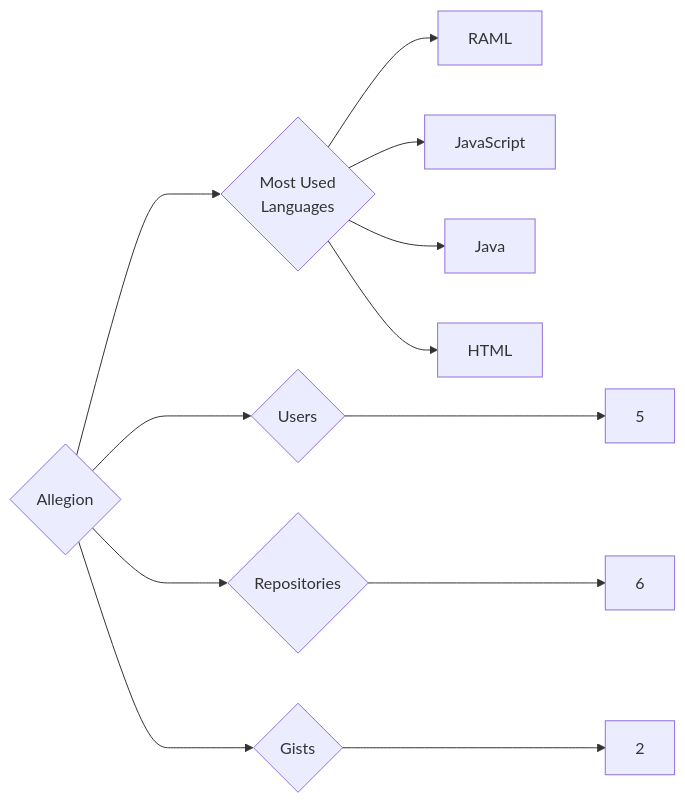
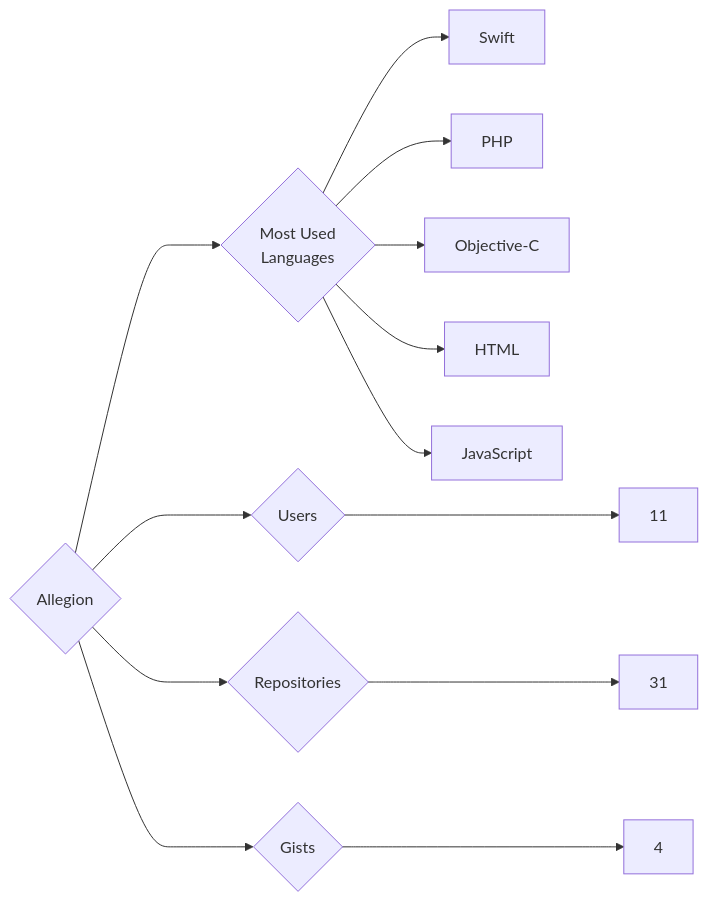
One commit to trickest/insiders changed the diagram in targets/Allegion/README.md. Above: the diagram before and after it, drawn with Mermaid. The commit also changed 783 other files, not shown here.

````diff
--- a/targets/Allegion/README.md
+++ b/targets/Allegion/README.md
@@ -3,12 +3,13 @@
 ```mermaid
 graph LR
 COMPANY_NAME{Allegion}
-COMPANY_NAME ---> U{Users} ---> UN[5]
-COMPANY_NAME ---> R{Repositories} ---> RN[6]
-COMPANY_NAME ---> G{Gists} ---> GN[2]
+COMPANY_NAME ---> U{Users} ---> UN[11]
+COMPANY_NAME ---> R{Repositories} ---> RN[31]
+COMPANY_NAME ---> G{Gists} ---> GN[4]
 COMPANY_NAME ---> ML{Most Used<br>Languages}
-ML --> RAML[RAML]
+ML --> Swift[Swift]
+ML --> PHP[PHP]
+ML --> Objective-C[Objective-C]
+ML --> HTML[HTML]
 ML --> JavaScript[JavaScript]
-ML --> Java[Java]
-ML --> HTML[HTML]
 ```
````
